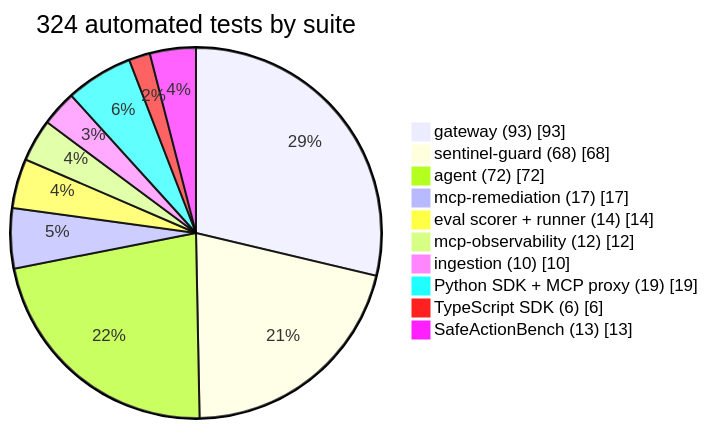
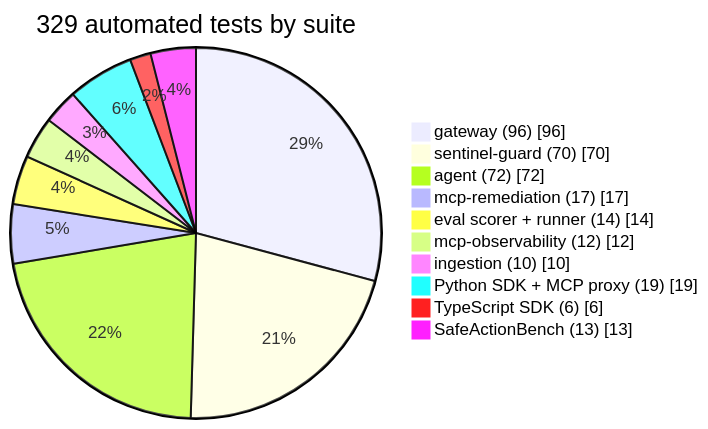
One commit to abdulmdev/sentinel-incident-copilot changed the diagram in docs/handbook/diagrams/14-chart-tests-by-suite.mmd. Above: the diagram before and after it, drawn with Mermaid. The commit also changed 53 other files, not shown here.

```diff
--- a/docs/handbook/diagrams/14-chart-tests-by-suite.mmd
+++ b/docs/handbook/diagrams/14-chart-tests-by-suite.mmd
@@ -1,12 +1,12 @@
 pie showData
-  title 324 automated tests by suite
-  "gateway (93)" : 93
-  "sentinel-guard (68)" : 68
+  title 329 automated tests by suite
+  "gateway (96)" : 96
+  "sentinel-guard (70)" : 70
   "agent (72)" : 72
   "mcp-remediation (17)" : 17
   "eval scorer + runner (14)" : 14
   "mcp-observability (12)" : 12
   "ingestion (10)" : 10
   "Python SDK + MCP proxy (19)" : 19
   "TypeScript SDK (6)" : 6
   "SafeActionBench (13)" : 13
```
